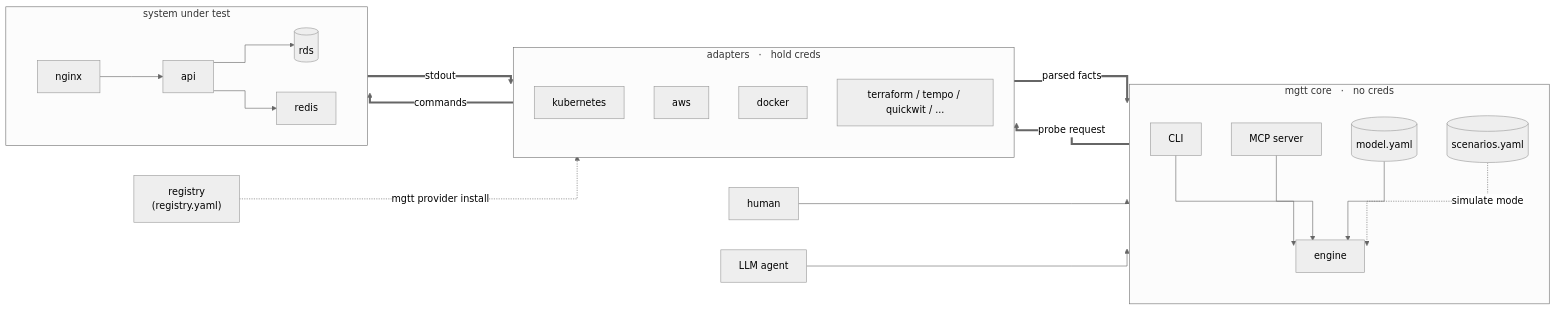
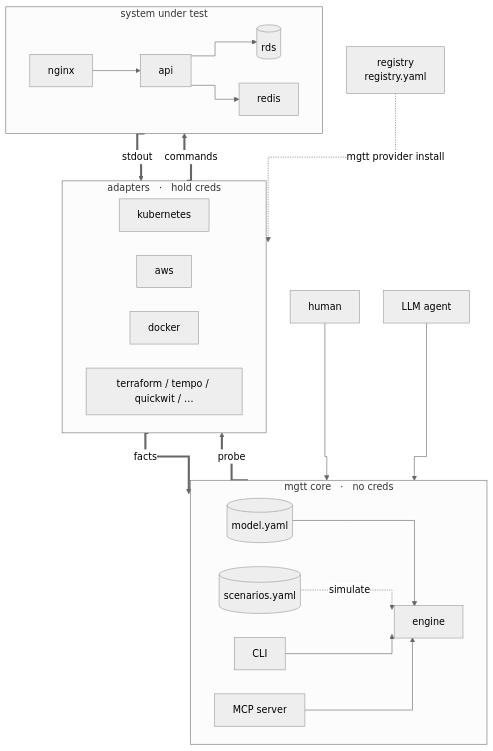
The diagram in README.md (mgt-tool/mgtt), drawn with Mermaid (neutral theme) before and after one commit. The commit also changed 1 other file, not shown here.

Commit message:
docs: flip architecture diagrams to TB layout — untangles the fact return path
LR (left-right) outer layout forced the fact-return edge
(adapters → engine) to wrap under the main forward flow (engine →
adapters → SUT), and the registry → adapters dotted line to
weave through everything. Both produced long, looping
right-angle bends in stepAfter mode.

TB (top-bottom) stacks the four stages vertically: operators on
row 1, mgtt core on row 2, adapters + registry on row 3, SUT on
row 4. Each subgraph uses LR internally so nodes lay out wide
rather than tall. Forward edges go straight down one step;
return edges go straight up one step. Registry sits next to
adapters instead of below the whole stack.

Also trimmed a few annotations (CLI "simulate · diagnose ·
plan", adapter per-tool names) that were adding vertical weight
without carrying the architecture story.

````diff
--- a/README.md
+++ b/README.md
@@ -29,42 +29,43 @@
 ```mermaid
-%%{init: {'flowchart': {'curve': 'stepAfter', 'nodeSpacing': 50, 'rankSpacing': 80}}}%%
-flowchart LR
+%%{init: {'flowchart': {'curve': 'stepAfter', 'nodeSpacing': 40, 'rankSpacing': 55}}}%%
+flowchart TB
     Human["human"]
     Agent["LLM agent"]
 
     subgraph Core["mgtt core &nbsp; · &nbsp; no creds"]
-        direction TB
+        direction LR
+        Model[("model.yaml")]
+        Scen[("scenarios.yaml")]
         CLI["CLI"]
         MCP["MCP server"]
         Eng["engine"]
-        Scen[("scenarios.yaml")]
-        Model[("model.yaml")]
+        Model --> Eng
+        Scen -.->|simulate| Eng
         CLI --> Eng
         MCP --> Eng
-        Model --> Eng
-        Scen -.->|simulate mode| Eng
     end
 
     subgraph Adapters["adapters &nbsp; · &nbsp; hold creds"]
-        direction TB
+        direction LR
         K["kubernetes"]
         A["aws"]
         D["docker"]
-        T["terraform / tempo / quickwit / ..."]
+        T["terraform / tempo / quickwit / …"]
     end
+
+    Reg["registry<br/>registry.yaml"]
 
     subgraph SUT["system under test"]
         direction LR
         NGX["nginx"] --> API["api"] --> RDS[("rds")]
         API --> Cache["redis"]
     end
-    Reg["registry<br/>(registry.yaml)"]
 
     Human --> CLI
     Agent --> MCP
-    Eng ==>|probe request| Adapters
-    Adapters ==>|parsed facts| Eng
+    Eng ==>|probe| Adapters
+    Adapters ==>|facts| Eng
     Adapters ==>|commands| SUT
     SUT ==>|stdout| Adapters
     Reg -.->|mgtt provider install| Adapters
 ```
````
